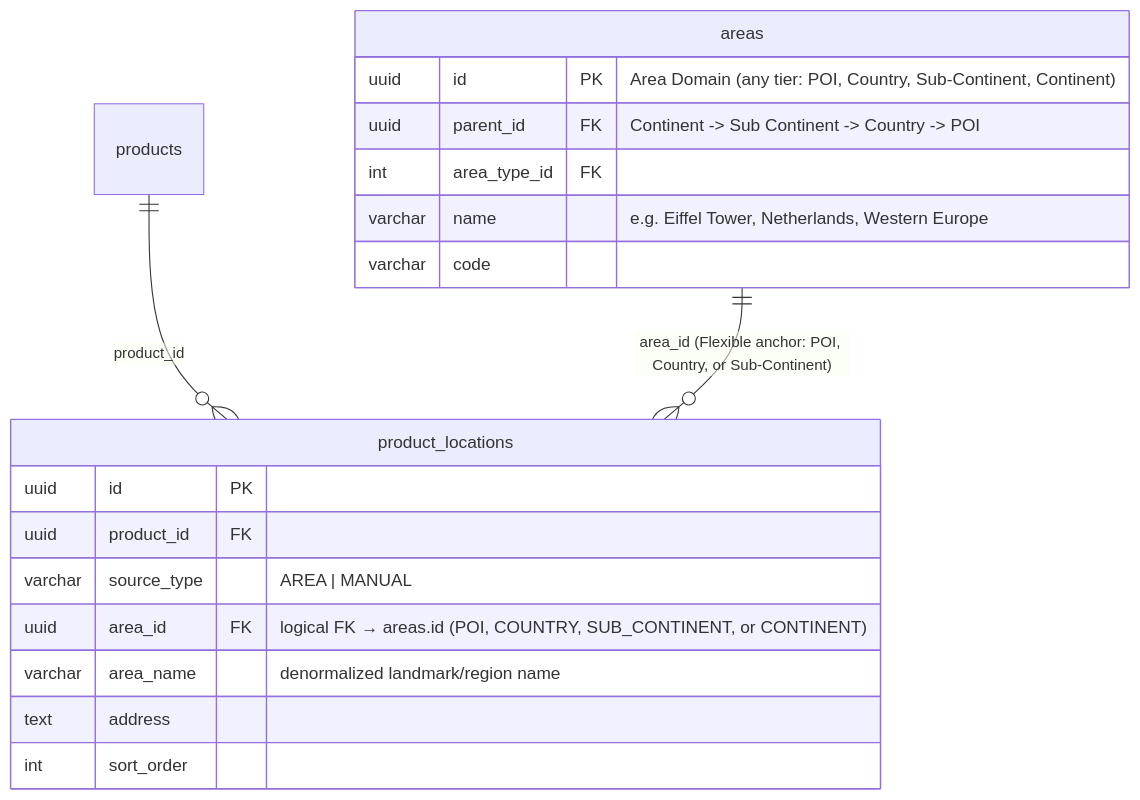
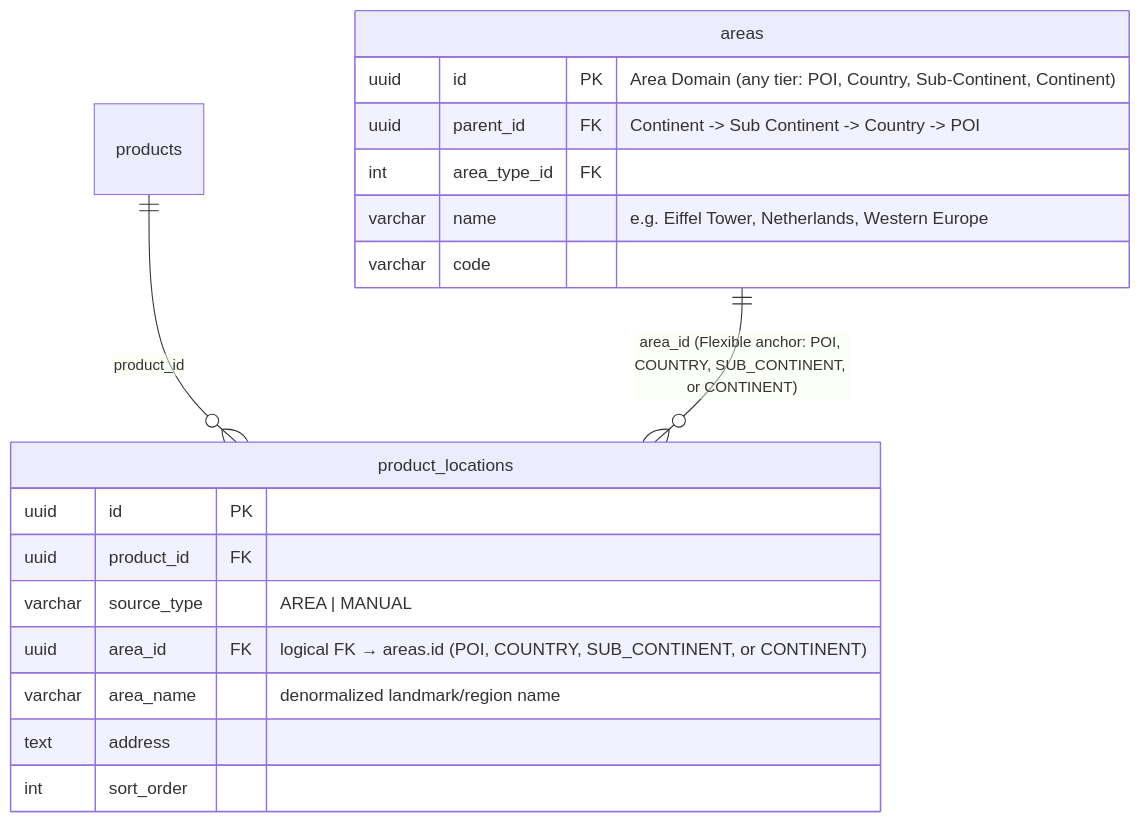
Before and after one commit to Haris-saifudin/hobiholidays-documentations: the fifth of 8 diagrams in technical/product-technical-design.md, drawn with Mermaid. The commit also changed other lines of this file and 2 other files, not shown here.

Commit message:
docs(area): clarify flexible flat hierarchy and sync cross-domain designs - Clarify flexible flat area DTO presentation with non-mandatory leaf levels - Add comprehensive sample rows (POI, Country, Sub-Continent, Continent) - Add TypeScript DTO contract and 6 real-world JSON response payloads - Sync multi-tier flexible area anchor references across product hierarchy and technical designs

````diff
--- a/technical/product-technical-design.md
+++ b/technical/product-technical-design.md
@@ -763,23 +763,23 @@
 ```mermaid
 erDiagram
     areas {
         uuid      id             PK "Area Domain (any tier: POI, Country, Sub-Continent, Continent)"
         uuid      parent_id      FK "Continent -> Sub Continent -> Country -> POI"
         int       area_type_id   FK
         varchar   name           "e.g. Eiffel Tower, Netherlands, Western Europe"
         varchar   code
     }
 
     product_locations {
         uuid      id          PK
         uuid      product_id  FK
         varchar   source_type "AREA | MANUAL"
         uuid      area_id     FK "logical FK → areas.id (POI, COUNTRY, SUB_CONTINENT, or CONTINENT)"
         varchar   area_name   "denormalized landmark/region name"
         text      address
         int       sort_order
     }
 
     products ||--o{ product_locations : "product_id"
-    areas    ||--o{ product_locations : "area_id (Flexible anchor: POI, Country, or Sub-Continent)"
+    areas    ||--o{ product_locations : "area_id (Flexible anchor: POI, COUNTRY, SUB_CONTINENT, or CONTINENT)"
 ```
````
